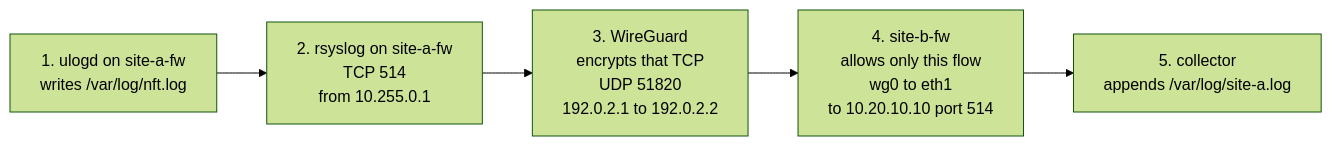
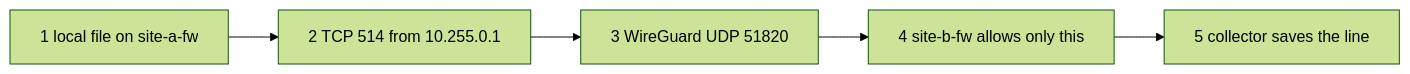
One commit to Douglasdadog/hm-network-home-lab changed the third of 3 diagrams in docs/topology.md. Above: the diagram before and after it, drawn with Mermaid (forest theme). The commit also changed other lines of this file, not shown here.

````diff
--- a/docs/topology.md
+++ b/docs/topology.md
@@ -57,10 +76,12 @@
 ```mermaid
 flowchart LR
-  note["1. ulogd on site-a-fw<br/>writes /var/log/nft.log"]
-  copy["2. rsyslog on site-a-fw<br/>TCP 514<br/>from 10.255.0.1"]
-  tube["3. WireGuard<br/>encrypts that TCP<br/>UDP 51820<br/>192.0.2.1 to 192.0.2.2"]
-  guardB["4. site-b-fw<br/>allows only this flow<br/>wg0 to eth1<br/>to 10.20.10.10 port 514"]
-  book["5. collector<br/>appends /var/log/site-a.log"]
-
-  note --> copy --> tube --> guardB --> book
+  note[1 local file on site-a-fw]
+  copy[2 TCP 514 from 10.255.0.1]
+  tube[3 WireGuard UDP 51820]
+  fwB[4 site-b-fw allows only this]
+  book[5 collector saves the line]
+  note --> copy
+  copy --> tube
+  tube --> fwB
+  fwB --> book
 ```
````
